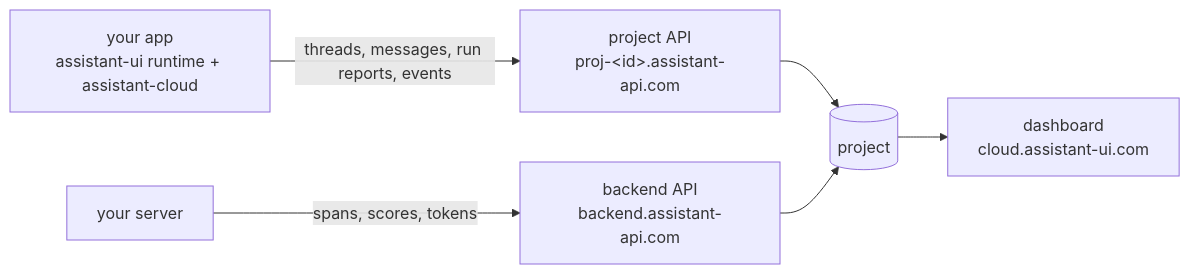
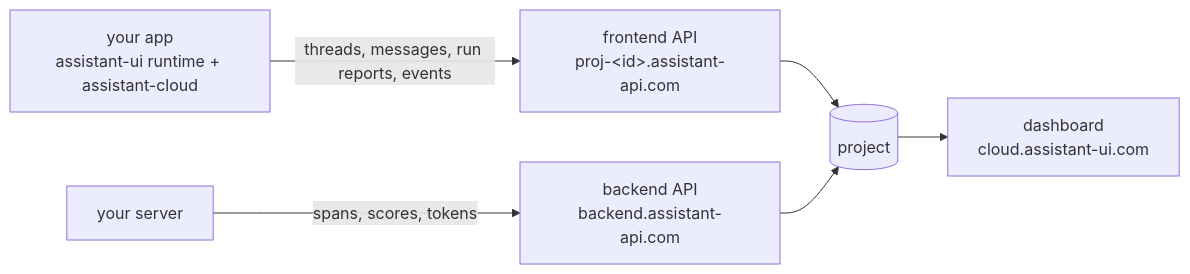
Before and after one commit to assistant-ui/assistant-ui: the diagram in apps/docs/content/docs/cloud/index.mdx, drawn with Mermaid. The commit also changed other lines of this file and 27 other files, not shown here.

````diff
--- a/apps/docs/content/docs/cloud/index.mdx
+++ b/apps/docs/content/docs/cloud/index.mdx
@@ -19,8 +22,8 @@
 ```mermaid
 flowchart LR
-    app["your app<br/>assistant-ui runtime + assistant-cloud"] -->|"threads, messages, run reports, events"| api["project API<br/>proj-&lt;id&gt;.assistant-api.com"]
+    app["your app<br/>assistant-ui runtime + assistant-cloud"] -->|"threads, messages, run reports, events"| api["frontend API<br/>proj-&lt;id&gt;.assistant-api.com"]
     server["your server"] -->|"spans, scores, tokens"| backend["backend API<br/>backend.assistant-api.com"]
     api --> db[("project")]
     backend --> db
     db --> dash["dashboard<br/>cloud.assistant-ui.com"]
 ```
````
